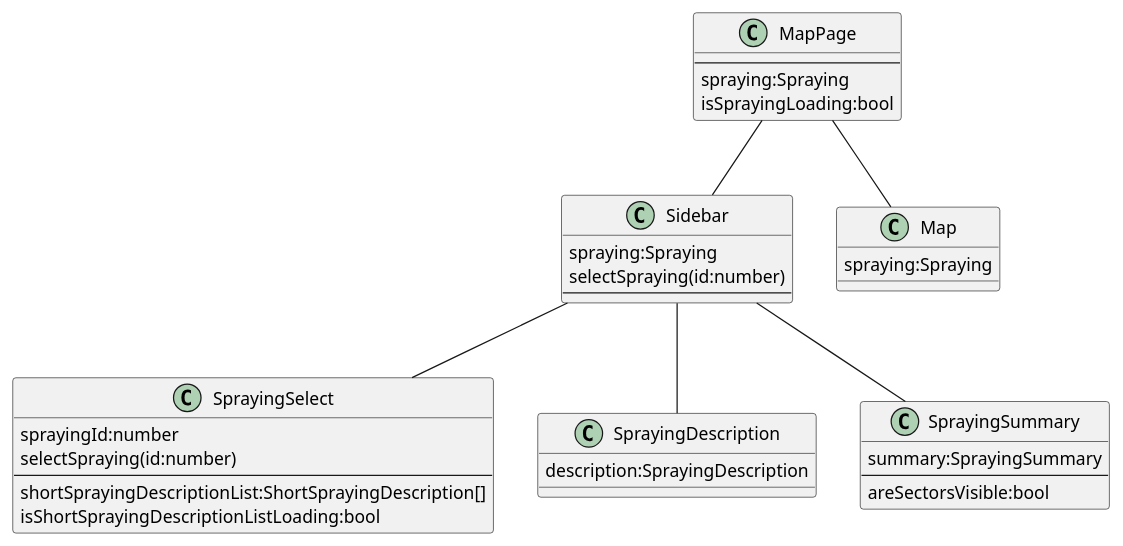
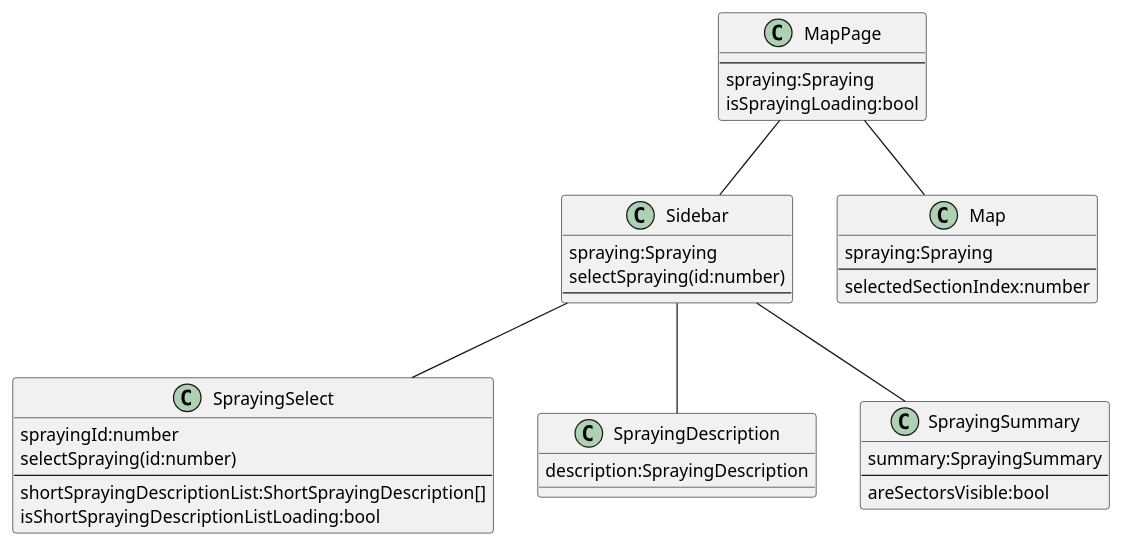
The diagram in docs/mapPage.cmp.puml (cbarsony/infested), drawn with PlantUML before and after one commit. The commit also changed 29 other files, not shown here.

```diff
--- a/docs/mapPage.cmp.puml
+++ b/docs/mapPage.cmp.puml
@@ -1,44 +1,46 @@
 @startuml
 
 class MapPage {
     --
     spraying:Spraying
     isSprayingLoading:bool
 }
 
 class Sidebar {
     spraying:Spraying
     selectSpraying(id:number)
     --
 }
 
 class Map {
     spraying:Spraying
+    --
+    selectedSectionIndex:number
 }
 
 class SprayingSelect {
     sprayingId:number
     selectSpraying(id:number)
     --
     shortSprayingDescriptionList:ShortSprayingDescription[]
     isShortSprayingDescriptionListLoading:bool
 }
 
 class SprayingDescription {
     description:SprayingDescription
 }
 
 class SprayingSummary {
     summary:SprayingSummary
     --
     areSectorsVisible:bool
 }
 
 MapPage -- Sidebar
 MapPage -- Map
 
 Sidebar -- SprayingSelect
 Sidebar -- SprayingDescription
 Sidebar -- SprayingSummary
 
 @enduml
```
